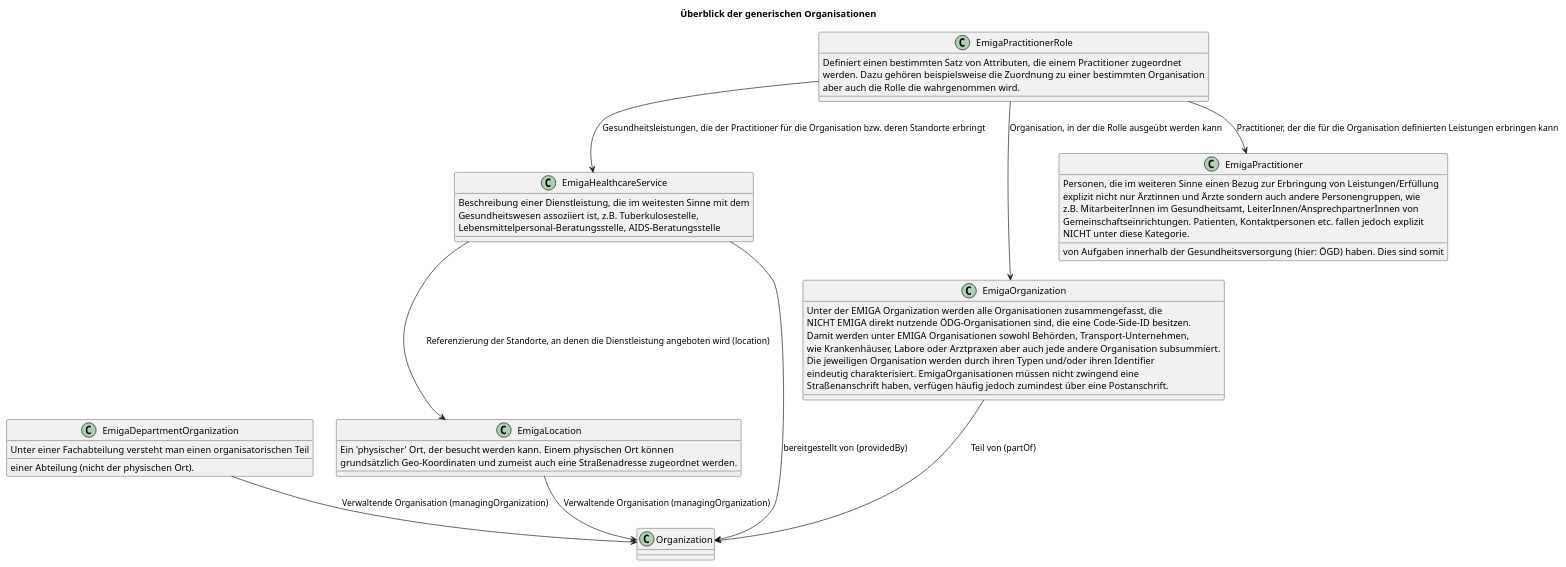
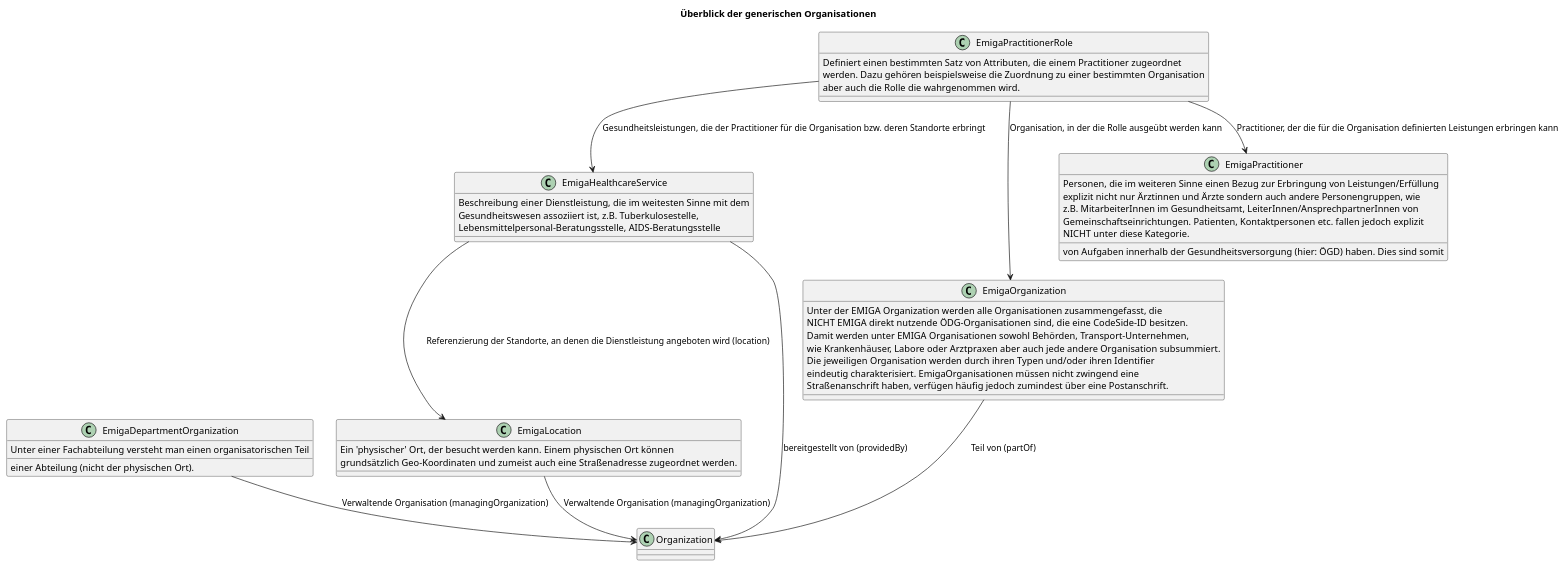
Before and after one commit to robert-koch-institut/rki.emiga.vzd: the diagram in rki.emiga.vzd/guides/implementationguides.vzd/PlantUML/GenericOrganizationOverview.puml, drawn with PlantUML. The commit also changed 7 other files, not shown here.

```diff
--- a/rki.emiga.vzd/guides/implementationguides.vzd/PlantUML/GenericOrganizationOverview.puml
+++ b/rki.emiga.vzd/guides/implementationguides.vzd/PlantUML/GenericOrganizationOverview.puml
@@ -1,53 +1,53 @@
 @startuml
 title Überblick der generischen Organisationen
 
 class EmigaDepartmentOrganization{
 Unter einer Fachabteilung versteht man einen organisatorischen Teil 
 einer Abteilung (nicht der physischen Ort). 
 }
 class EmigaHealthcareService{
 Beschreibung einer Dienstleistung, die im weitesten Sinne mit dem 
 Gesundheitswesen assoziiert ist, z.B. Tuberkulosestelle, 
 Lebensmittelpersonal-Beratungsstelle, AIDS-Beratungsstelle 
 }
 class EmigaLocation{
 Ein 'physischer' Ort, der besucht werden kann. Einem physischen Ort können 
 grundsätzlich Geo-Koordinaten und zumeist auch eine Straßenadresse zugeordnet werden. 
 }
 class EmigaOrganization{
 Unter der EMIGA Organization werden alle Organisationen zusammengefasst, die 
-NICHT EMIGA direkt nutzende ÖDG-Organisationen sind, die eine Code-Side-ID besitzen. 
+NICHT EMIGA direkt nutzende ÖDG-Organisationen sind, die eine CodeSide-ID besitzen. 
 Damit werden unter EMIGA Organisationen sowohl Behörden, Transport-Unternehmen, 
 wie Krankenhäuser, Labore oder Arztpraxen aber auch jede andere Organisation subsummiert. 
 Die jeweiligen Organisation werden durch ihren Typen und/oder ihren Identifier 
 eindeutig charakterisiert. EmigaOrganisationen müssen nicht zwingend eine 
 Straßenanschrift haben, verfügen häufig jedoch zumindest über eine Postanschrift. 
 }
 class EmigaPractitioner{
 Personen, die im weiteren Sinne einen Bezug zur Erbringung von Leistungen/Erfüllung 
 von Aufgaben innerhalb der Gesundheitsversorgung (hier: ÖGD) haben. Dies sind somit 
 explizit nicht nur Ärztinnen und Ärzte sondern auch andere Personengruppen, wie 
 z.B. MitarbeiterInnen im Gesundheitsamt, LeiterInnen/AnsprechpartnerInnen von 
 Gemeinschaftseinrichtungen. Patienten, Kontaktpersonen etc. fallen jedoch explizit 
 NICHT unter diese Kategorie. 
 }
 class EmigaPractitionerRole{
 Definiert einen bestimmten Satz von Attributen, die einem Practitioner zugeordnet 
 werden. Dazu gehören beispielsweise die Zuordnung zu einer bestimmten Organisation 
 aber auch die Rolle die wahrgenommen wird.      
 }
 
 ' To Do: was ist mit den Extensions?
 
 EmigaPractitionerRole --> EmigaOrganization : Organisation, in der die Rolle ausgeübt werden kann
 EmigaPractitionerRole --> EmigaPractitioner : Practitioner, der die für die Organisation definierten Leistungen erbringen kann
 EmigaPractitionerRole --> EmigaHealthcareService : Gesundheitsleistungen, die der Practitioner für die Organisation bzw. deren Standorte erbringt
 
 EmigaOrganization --> Organization: Teil von (partOf)
 EmigaLocation --> Organization : Verwaltende Organisation (managingOrganization)
 
 EmigaHealthcareService --> Organization: bereitgestellt von (providedBy)
 EmigaHealthcareService --> EmigaLocation: Referenzierung der Standorte, an denen die Dienstleistung angeboten wird (location)
 
 EmigaDepartmentOrganization --> Organization: Verwaltende Organisation (managingOrganization)
 @enduml
```
